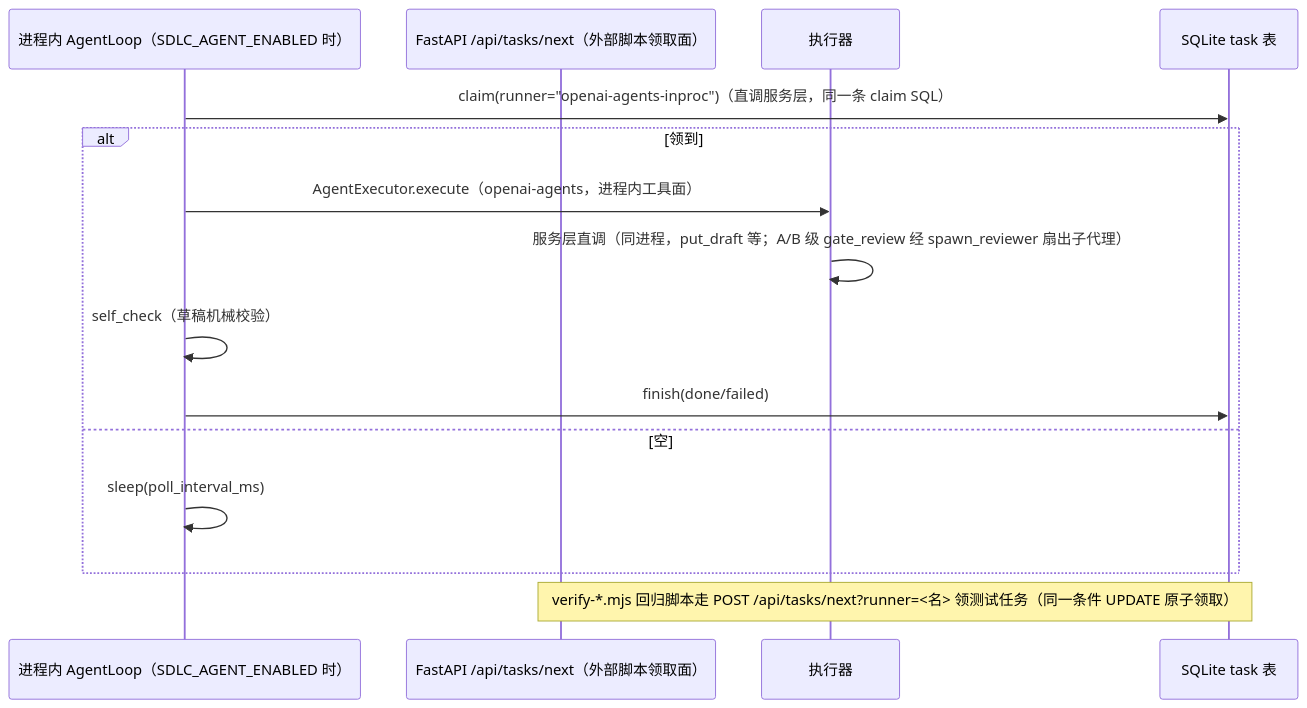
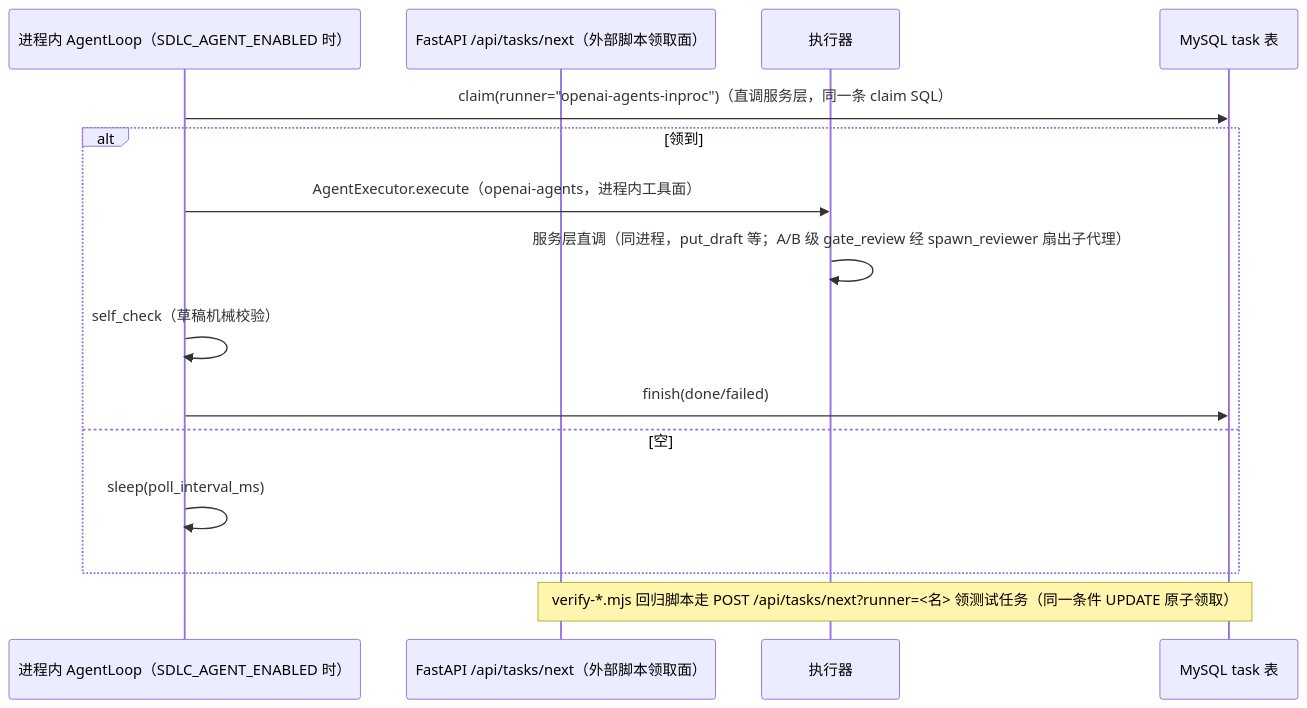
One commit to TsCarpe/sdlc-platform-server changed the sixth of 10 diagrams in docs/ER图与业务流程.md. Above: the diagram before and after it, drawn with Mermaid. The commit also changed other lines of this file and 8 other files, not shown here.

````diff
--- a/docs/ER图与业务流程.md
+++ b/docs/ER图与业务流程.md
@@ -425,18 +425,18 @@
 ```mermaid
 sequenceDiagram
     participant A as 进程内 AgentLoop（SDLC_AGENT_ENABLED 时）
     participant API as FastAPI /api/tasks/next（外部脚本领取面）
     participant EXE as 执行器
-    participant DB as SQLite task 表
+    participant DB as MySQL task 表
 
     A->>DB: claim(runner="openai-agents-inproc")（直调服务层，同一条 claim SQL）
     alt 领到
         A->>EXE: AgentExecutor.execute（openai-agents，进程内工具面）
         EXE->>EXE: 服务层直调（同进程，put_draft 等；A/B 级 gate_review 经 spawn_reviewer 扇出子代理）
         A->>A: self_check（草稿机械校验）
         A->>DB: finish(done/failed)
     else 空
         A->>A: sleep(poll_interval_ms)
     end
     Note over API,DB: verify-*.mjs 回归脚本走 POST /api/tasks/next?runner=<名> 领测试任务（同一条件 UPDATE 原子领取）
 ```
````
